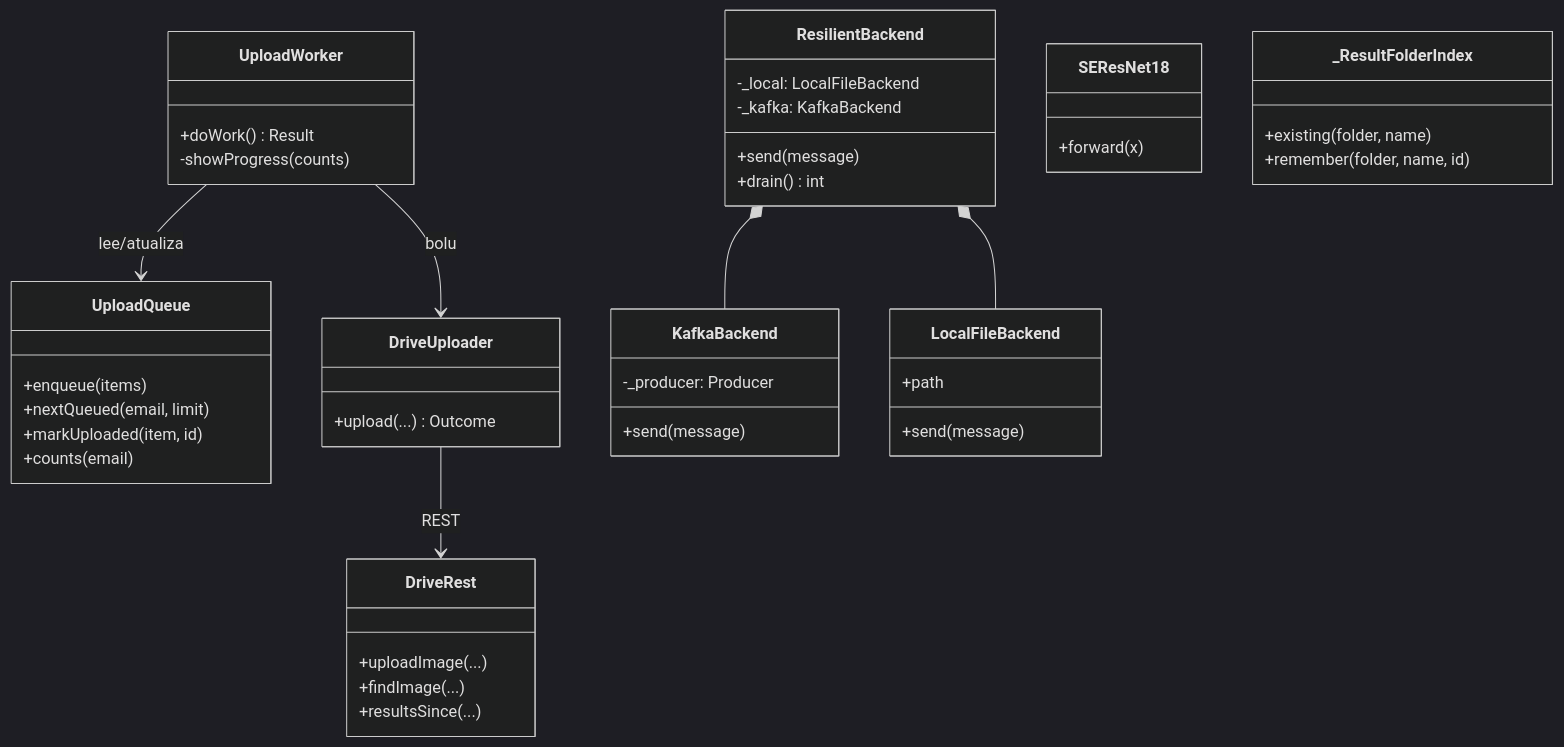
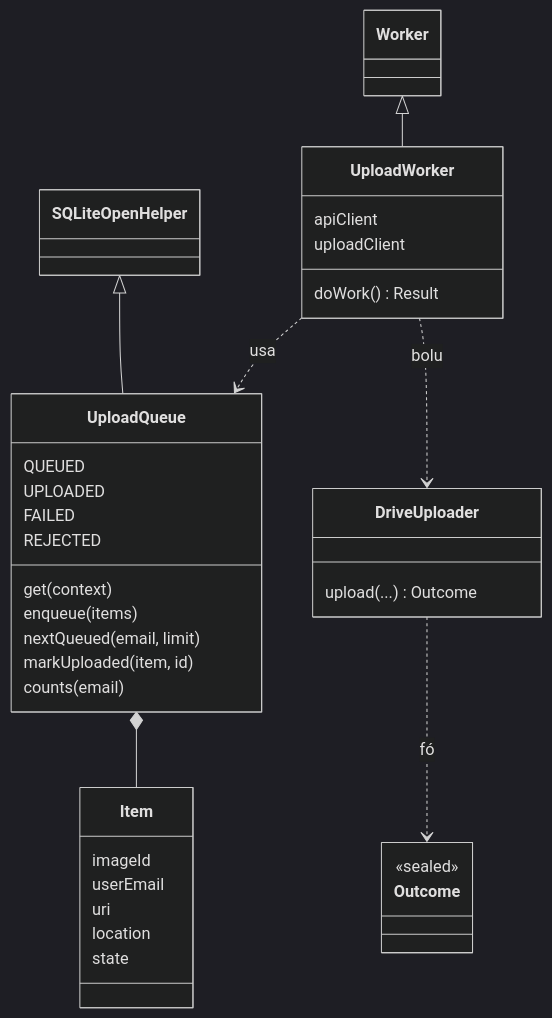
One commit to AOD-collab/-crop-disease-ews changed the sixth of 6 diagrams in documentation/technical_modules/src/06_end_to_end_integration_module.md. Above: the diagram before and after it, drawn with Mermaid (dark theme). The commit also changed other lines of this file and 41 other files, not shown here.

````diff
--- a/documentation/technical_modules/src/06_end_to_end_integration_module.md
+++ b/documentation/technical_modules/src/06_end_to_end_integration_module.md
@@ -187,47 +1936,40 @@
 ```mermaid
 classDiagram
     class UploadQueue {
-      +enqueue(items)
-      +nextQueued(email, limit)
-      +markUploaded(item, id)
-      +counts(email)
+        QUEUED
+        UPLOADED
+        FAILED
+        REJECTED
+        get(context)
+        enqueue(items)
+        nextQueued(email, limit)
+        markUploaded(item, id)
+        counts(email)
+    }
+    class Item {
+        imageId
+        userEmail
+        uri
+        location
+        state
     }
     class UploadWorker {
-      +doWork() Result
-      -showProgress(counts)
+        apiClient
+        uploadClient
+        doWork() Result
     }
     class DriveUploader {
-      +upload(...) Outcome
+        upload(...) Outcome
     }
-    class DriveRest {
-      +uploadImage(...)
-      +findImage(...)
-      +resultsSince(...)
+    class Outcome {
+        <<sealed>>
     }
-    class ResilientBackend {
-      -_local: LocalFileBackend
-      -_kafka: KafkaBackend
-      +send(message)
-      +drain() int
-    }
-    class KafkaBackend {
-      -_producer: Producer
-      +send(message)
-    }
-    class LocalFileBackend {
-      +path
-      +send(message)
-    }
-    class SEResNet18 {
-      +forward(x)
-    }
-    class ResultFolderIndex["_ResultFolderIndex"] {
-      +existing(folder, name)
-      +remember(folder, name, id)
-    }
-    UploadWorker --> UploadQueue : lee/atualiza
-    UploadWorker --> DriveUploader : bolu
-    DriveUploader --> DriveRest : REST
-    ResilientBackend *-- LocalFileBackend
-    ResilientBackend *-- KafkaBackend
+    class SQLiteOpenHelper
+    class Worker
+    SQLiteOpenHelper <|-- UploadQueue
+    Worker <|-- UploadWorker
+    UploadQueue *-- Item
+    UploadWorker ..> UploadQueue : usa
+    UploadWorker ..> DriveUploader : bolu
+    DriveUploader ..> Outcome : fó
 ```
````
